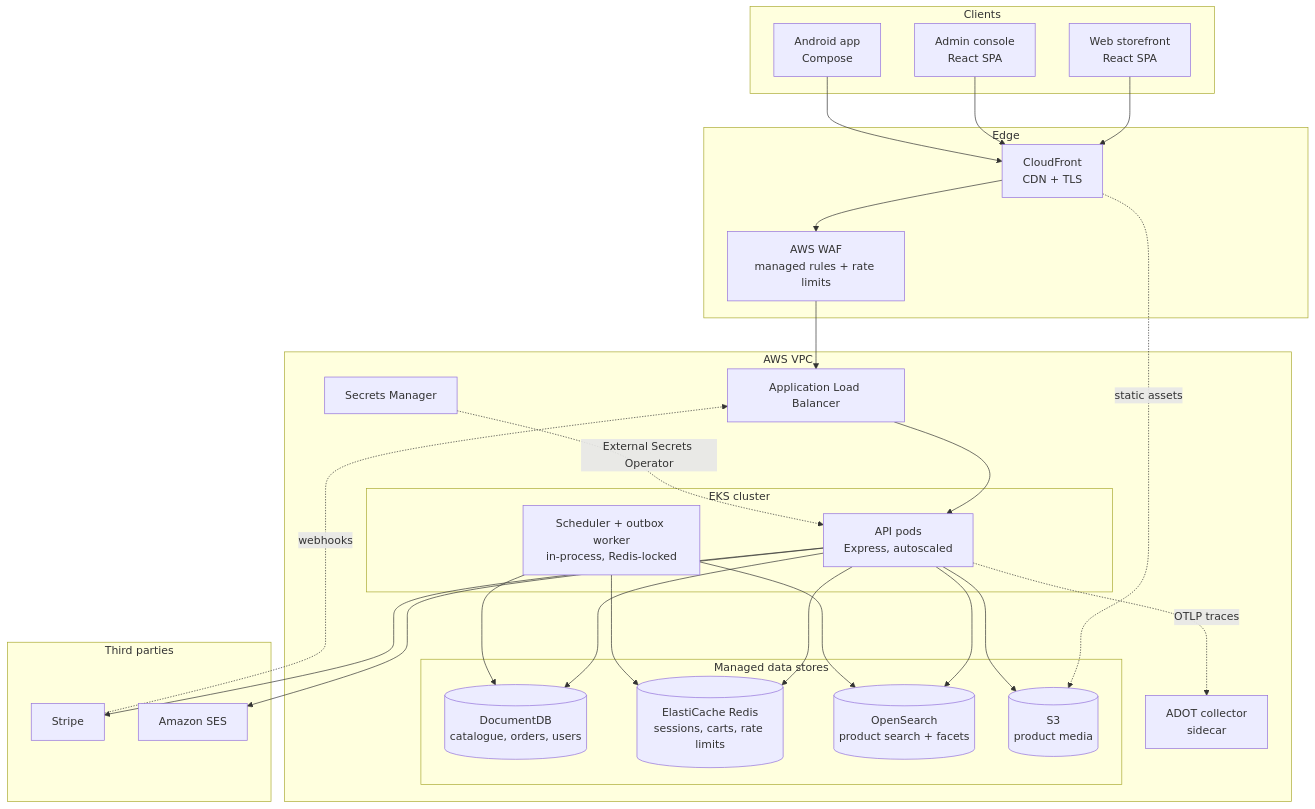
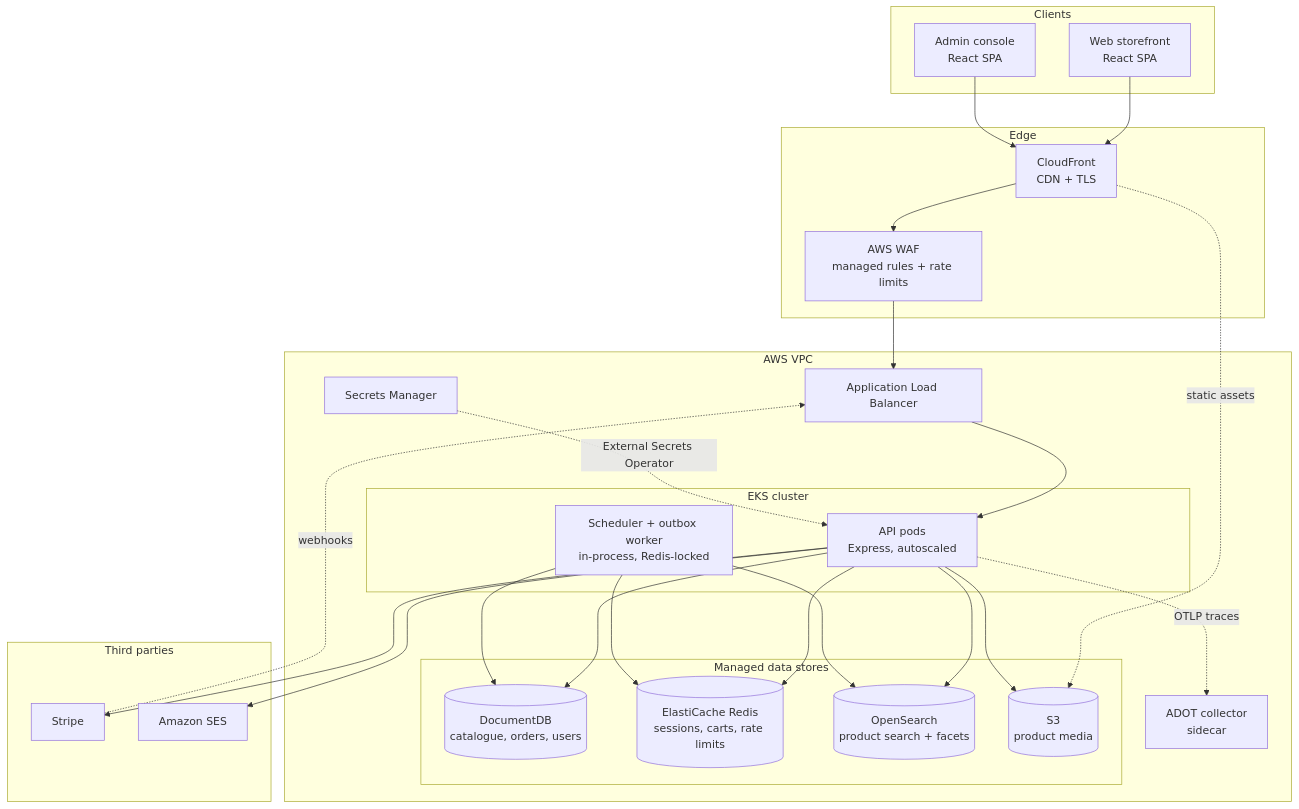
The first of 10 diagrams in README.md (ahmedselimmansor-ctrl/Sunshop-e-ccomerce-MERN-stack), drawn with Mermaid before and after one commit. The commit also changed other lines of this file and 65 other files, not shown here.

````diff
--- a/README.md
+++ b/README.md
@@ -38,57 +37,55 @@
 ```mermaid
 flowchart TB
     subgraph clients [Clients]
         WEB[Web storefront<br/>React SPA]
         ADM[Admin console<br/>React SPA]
-        AND[Android app<br/>Compose]
     end
 
     subgraph edge [Edge]
         CF[CloudFront<br/>CDN + TLS]
         WAF[AWS WAF<br/>managed rules + rate limits]
     end
 
     subgraph aws [AWS VPC]
         ALB[Application Load Balancer]
 
         subgraph eks [EKS cluster]
             API[API pods<br/>Express, autoscaled]
             JOBS[Scheduler + outbox worker<br/>in-process, Redis-locked]
         end
 
         subgraph data [Managed data stores]
             DOC[(DocumentDB<br/>catalogue, orders, users)]
             RDS[(ElastiCache Redis<br/>sessions, carts, rate limits)]
             OS[(OpenSearch<br/>product search + facets)]
             S3[(S3<br/>product media)]
         end
 
         SM[Secrets Manager]
         OTEL[ADOT collector<br/>sidecar]
     end
 
     subgraph external [Third parties]
         STRIPE[Stripe]
         SES[Amazon SES]
     end
 
     WEB --> CF
     ADM --> CF
-    AND --> CF
     CF --> WAF --> ALB --> API
     CF -.static assets.-> S3
 
     API --> DOC
     API --> RDS
     API --> OS
     API --> S3
     API --> STRIPE
     API --> SES
     JOBS --> DOC
     JOBS --> OS
     JOBS --> RDS
 
     SM -.External Secrets Operator.-> API
     API -.OTLP traces.-> OTEL
     STRIPE -.webhooks.-> ALB
 ```
````
